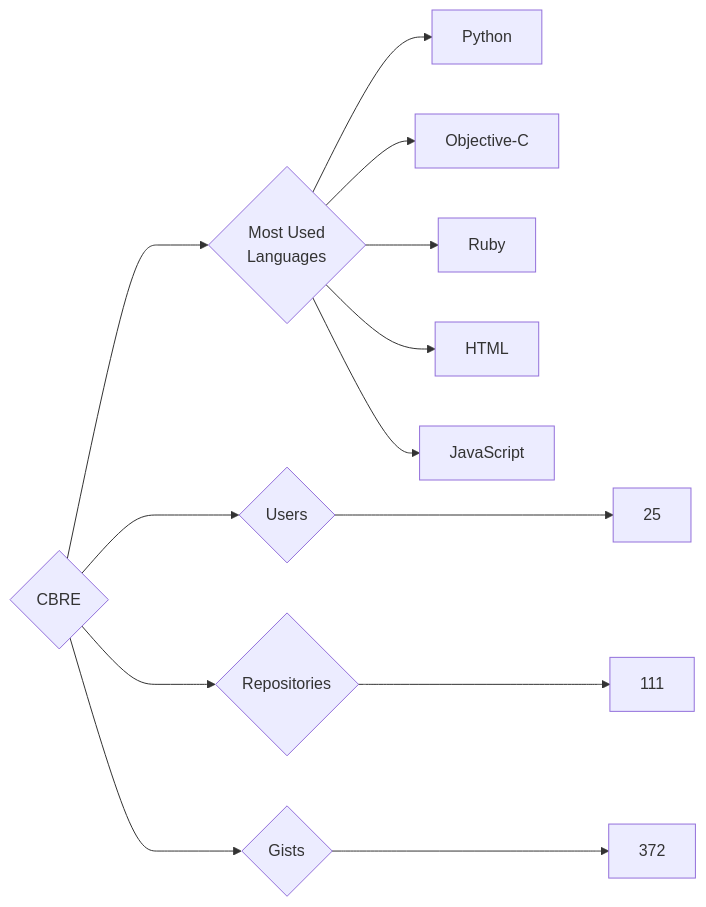
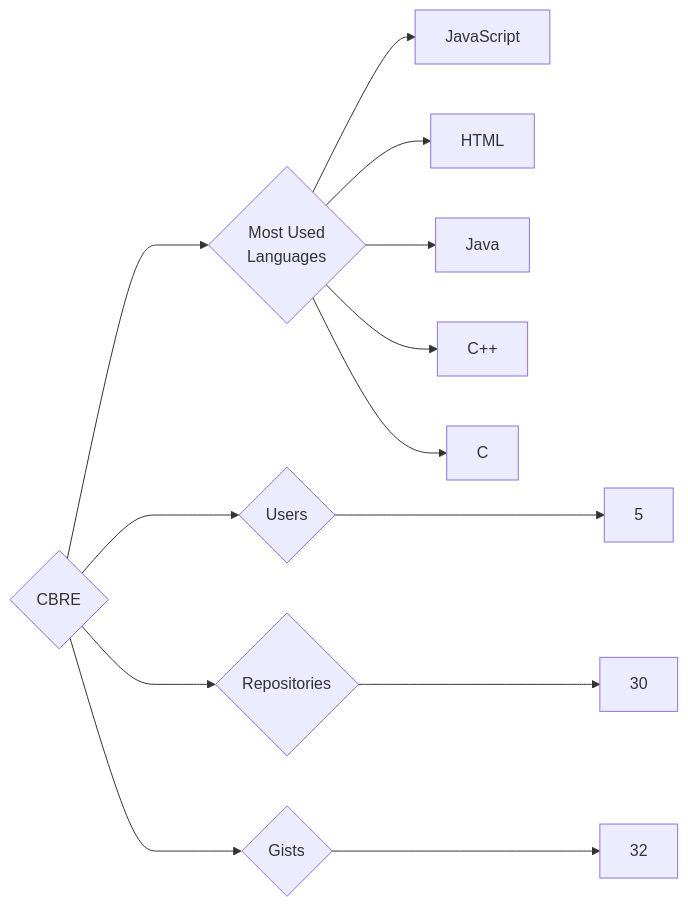
Before and after one commit to trickest/insiders: the diagram in targets/CBRE/README.md, drawn with Mermaid. The commit also changed 676 other files, not shown here.

````diff
--- a/targets/CBRE/README.md
+++ b/targets/CBRE/README.md
@@ -3,13 +3,13 @@
 ```mermaid
 graph LR
 COMPANY_NAME{CBRE}
-COMPANY_NAME ---> U{Users} ---> UN[25]
-COMPANY_NAME ---> R{Repositories} ---> RN[111]
-COMPANY_NAME ---> G{Gists} ---> GN[372]
+COMPANY_NAME ---> U{Users} ---> UN[5]
+COMPANY_NAME ---> R{Repositories} ---> RN[30]
+COMPANY_NAME ---> G{Gists} ---> GN[32]
 COMPANY_NAME ---> ML{Most Used<br>Languages}
-ML --> Python[Python]
-ML --> Objective-C[Objective-C]
-ML --> Ruby[Ruby]
+ML --> JavaScript[JavaScript]
 ML --> HTML[HTML]
-ML --> JavaScript[JavaScript]
+ML --> Java[Java]
+ML --> C++[C++]
+ML --> C[C]
 ```
````
